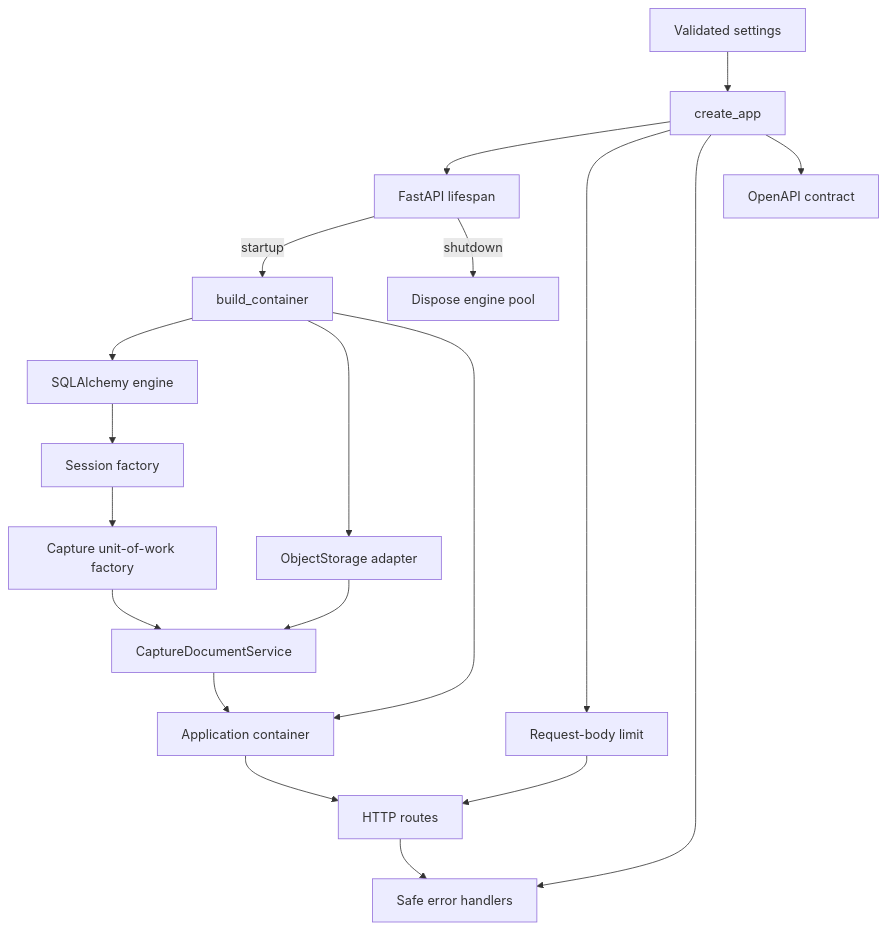
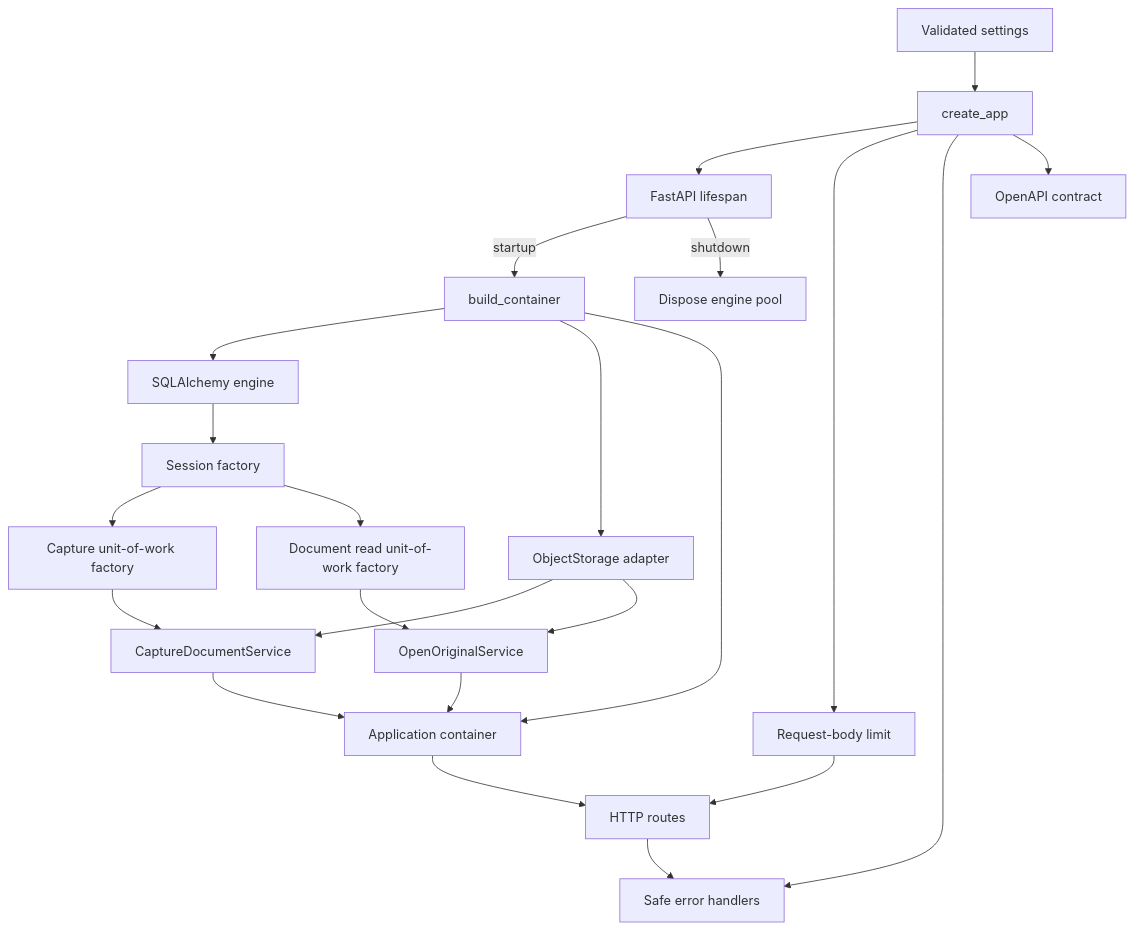
The diagram in backend/src/investment_research/README.md (rnkraus/investment-research), drawn with Mermaid before and after one commit. The commit also changed other lines of this file and 16 other files, not shown here.

Commit message:
feat(api): add authorized original document access

````diff
--- a/backend/src/investment_research/README.md
+++ b/backend/src/investment_research/README.md
@@ -18,21 +18,25 @@
 ```mermaid
 flowchart TD
     SETTINGS[Validated settings] --> MAIN[create_app]
     MAIN --> LIFE[FastAPI lifespan]
     LIFE -->|startup| BOOT[build_container]
     BOOT --> ENGINE[SQLAlchemy engine]
     ENGINE --> SESSIONS[Session factory]
-    SESSIONS --> UOW[Capture unit-of-work factory]
+    SESSIONS --> CAPTUREUOW[Capture unit-of-work factory]
+    SESSIONS --> READUOW[Document read unit-of-work factory]
     BOOT --> STORAGE[ObjectStorage adapter]
-    UOW --> CAPTURE[CaptureDocumentService]
+    CAPTUREUOW --> CAPTURE[CaptureDocumentService]
+    READUOW --> ORIGINAL[OpenOriginalService]
     STORAGE --> CAPTURE
+    STORAGE --> ORIGINAL
     BOOT --> STATE[Application container]
     CAPTURE --> STATE
+    ORIGINAL --> STATE
     MAIN --> LIMIT[Request-body limit]
     LIMIT --> ROUTES[HTTP routes]
     MAIN --> ERRORS[Safe error handlers]
     MAIN --> OPENAPI[OpenAPI contract]
     STATE --> ROUTES
     ROUTES --> ERRORS
     LIFE -->|shutdown| CLOSE[Dispose engine pool]
 ```
````
